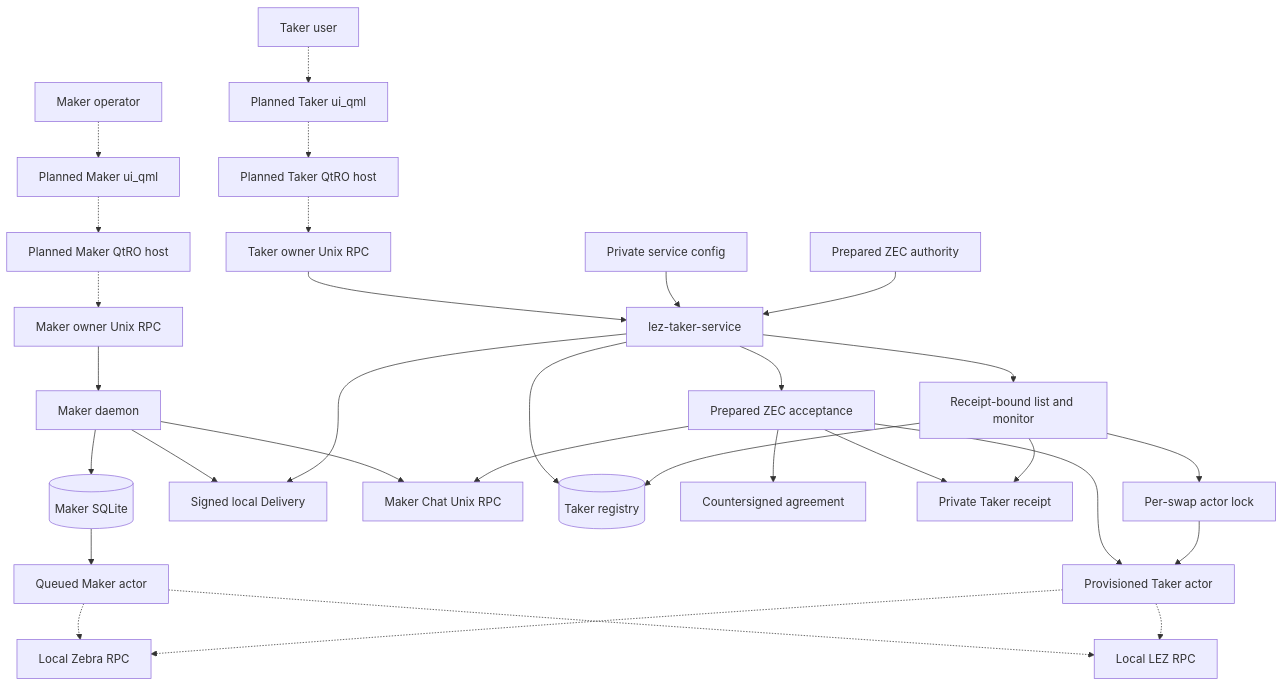
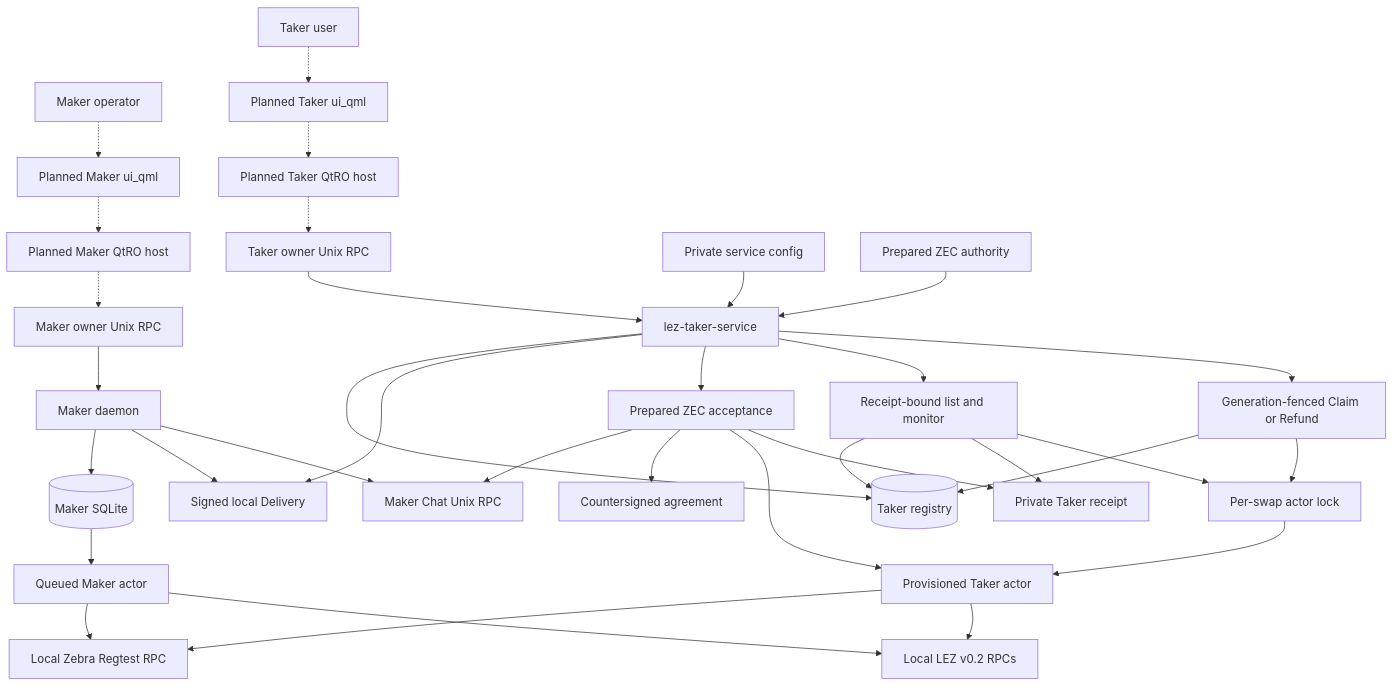
Before and after one commit to gateway-fm/lez-atomic-swaps: the second of 24 diagrams in docs/architecture/deployment-components-and-rpcs.md, drawn with Mermaid. The commit also changed other lines of this file and 9 other files, not shown here.

Commit message:
docs(m6): certify local service claim slice

````diff
--- a/docs/architecture/deployment-components-and-rpcs.md
+++ b/docs/architecture/deployment-components-and-rpcs.md
@@ -82,35 +82,38 @@
 ```mermaid
 flowchart TB
     Maker["Maker operator"] -.-> MakerQml["Planned Maker ui_qml"]
     MakerQml -.-> MakerHost["Planned Maker QtRO host"]
     MakerHost -.-> OwnerRpc["Maker owner Unix RPC"]
     OwnerRpc --> MakerDaemon["Maker daemon"]
     MakerDaemon --> MakerDb[("Maker SQLite")]
     MakerDaemon --> Delivery["Signed local Delivery"]
     MakerDaemon --> Chat["Maker Chat Unix RPC"]
 
     Taker["Taker user"] -.-> TakerQml["Planned Taker ui_qml"]
     TakerQml -.-> TakerHost["Planned Taker QtRO host"]
     TakerHost -.-> TakerSocket["Taker owner Unix RPC"]
     TakerSocket --> Service["lez-taker-service"]
     Config["Private service config"] --> Service
     Prepared["Prepared ZEC authority"] --> Service
     Service --> Registry[("Taker registry")]
     Service --> Delivery
     Service --> Accept["Prepared ZEC acceptance"]
     Accept --> Chat
     Accept --> Agreement["Countersigned agreement"]
     Accept --> TakerActor["Provisioned Taker actor"]
     Accept --> Receipt["Private Taker receipt"]
     Service --> Monitor["Receipt-bound list and monitor"]
+    Service --> Terminal["Generation-fenced Claim or Refund"]
+    Terminal --> Registry
     Monitor --> Registry
     Monitor --> Receipt
     Monitor --> Lock["Per-swap actor lock"]
+    Terminal --> Lock
     Lock --> TakerActor
     MakerDb --> MakerActor["Queued Maker actor"]
 
-    MakerActor -.-> Zebra["Local Zebra RPC"]
-    MakerActor -.-> Lez["Local LEZ RPC"]
-    TakerActor -.-> Zebra
-    TakerActor -.-> Lez
+    MakerActor --> Zebra["Local Zebra Regtest RPC"]
+    MakerActor --> Lez["Local LEZ v0.2 RPCs"]
+    TakerActor --> Zebra
+    TakerActor --> Lez
 ```
````
